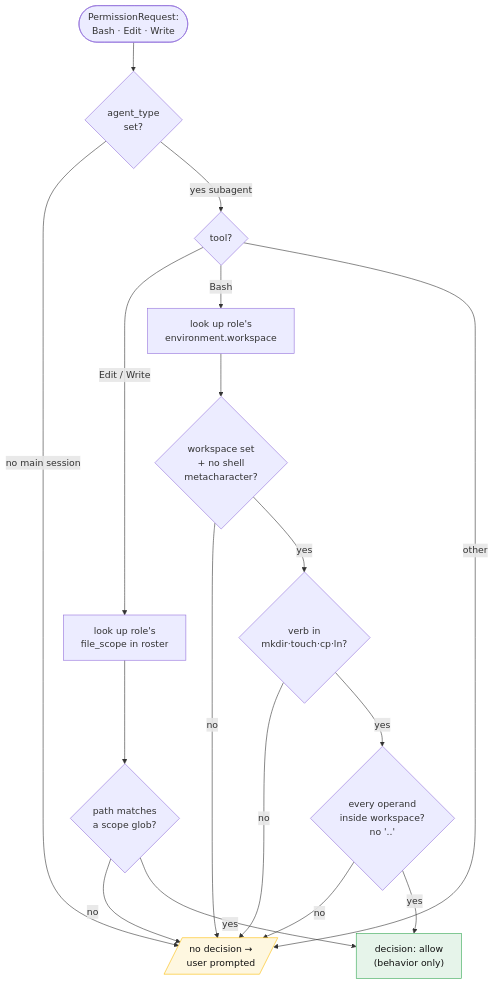
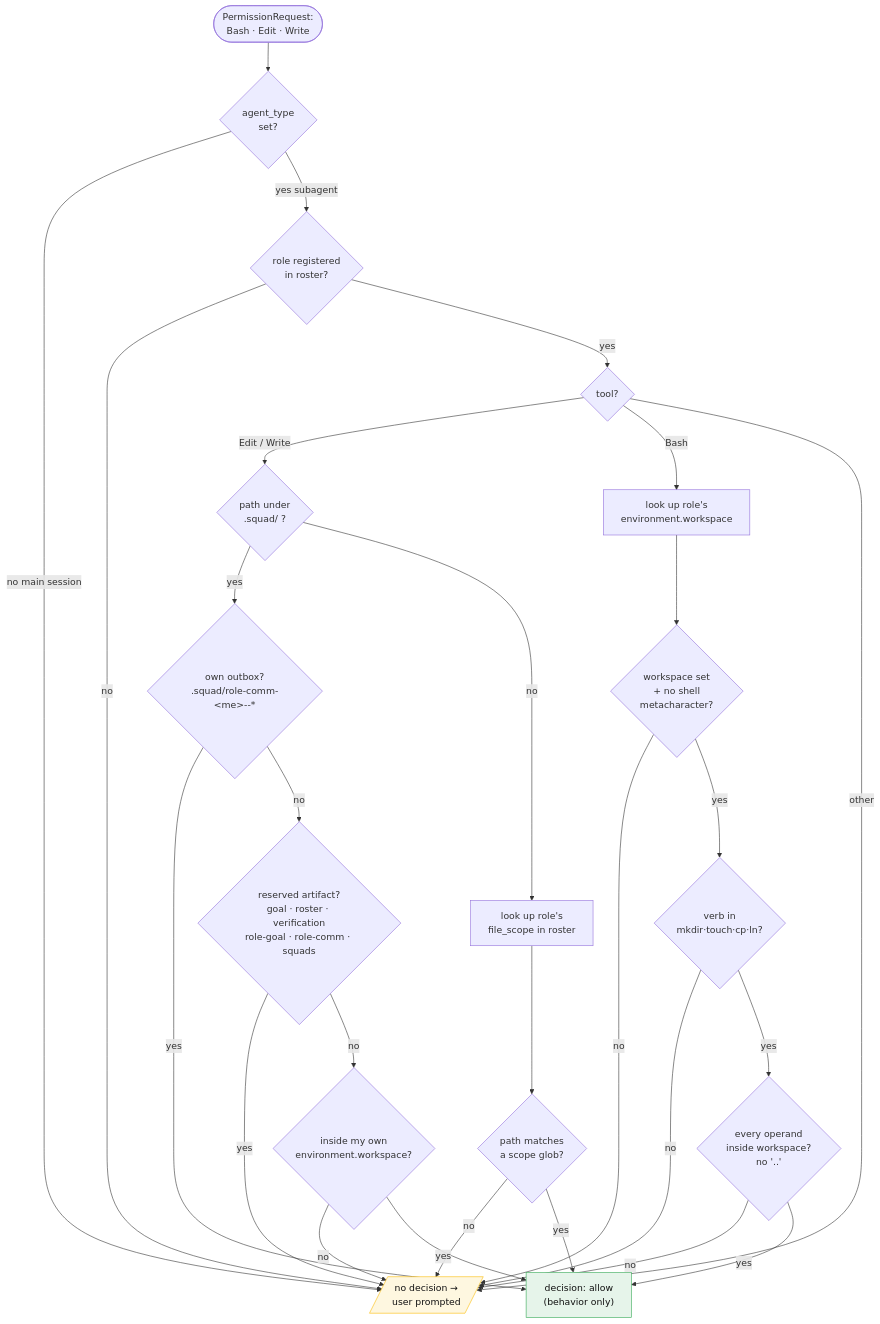
One commit to cheeky-amit/cheeky-squad-os changed the sixth of 11 diagrams in LOGIC.md. Above: the diagram before and after it, drawn with Mermaid. The commit also changed other lines of this file and 7 other files, not shown here.

````diff
--- a/LOGIC.md
+++ b/LOGIC.md
@@ -336,24 +339,34 @@
 ```mermaid
 flowchart TD
     P0([PermissionRequest:<br/>Bash · Edit · Write]) --> P1{agent_type<br/>set?}
     P1 -->|no main session| DEFER[/no decision →<br/>user prompted/]
-    P1 -->|yes subagent| P2{tool?}
-    P2 -->|Edit / Write| P3[look up role's<br/>file_scope in roster]
+    P1 -->|yes subagent| P1a{role registered<br/>in roster?}
+    P1a -->|no| DEFER
+    P1a -->|yes| P2{tool?}
+    P2 -->|Edit / Write| R1{path under<br/>.squad/ ?}
+    R1 -->|yes| R2{"own outbox?<br/>.squad/role-comm-&lt;me&gt;--*"}
+    R2 -->|yes| ALLOW["decision: allow<br/>(behavior only)"]
+    R2 -->|no| R3{reserved artifact?<br/>goal · roster · verification<br/>role-goal · role-comm · squads}
+    R3 -->|yes| DEFER
+    R3 -->|no| R4{inside my own<br/>environment.workspace?}
+    R4 -->|no| DEFER
+    R4 -->|yes| ALLOW
+    R1 -->|no| P3[look up role's<br/>file_scope in roster]
     P3 --> P4{path matches<br/>a scope glob?}
     P4 -->|no| DEFER
-    P4 -->|yes| ALLOW["decision: allow<br/>(behavior only)"]
+    P4 -->|yes| ALLOW
     P2 -->|Bash| B1[look up role's<br/>environment.workspace]
     B1 --> B2{workspace set<br/>+ no shell<br/>metacharacter?}
     B2 -->|no| DEFER
     B2 -->|yes| B3{verb in<br/>mkdir·touch·cp·ln?}
     B3 -->|no| DEFER
     B3 -->|yes| B4{every operand<br/>inside workspace?<br/>no '..'}
     B4 -->|no| DEFER
     B4 -->|yes| ALLOW
     P2 -->|other| DEFER
 
     classDef ok fill:#e6f4ea,stroke:#34a853,color:#111;
     classDef neu fill:#fef7e0,stroke:#fbbc04,color:#111;
     class ALLOW ok;
     class DEFER neu;
 ```
````
